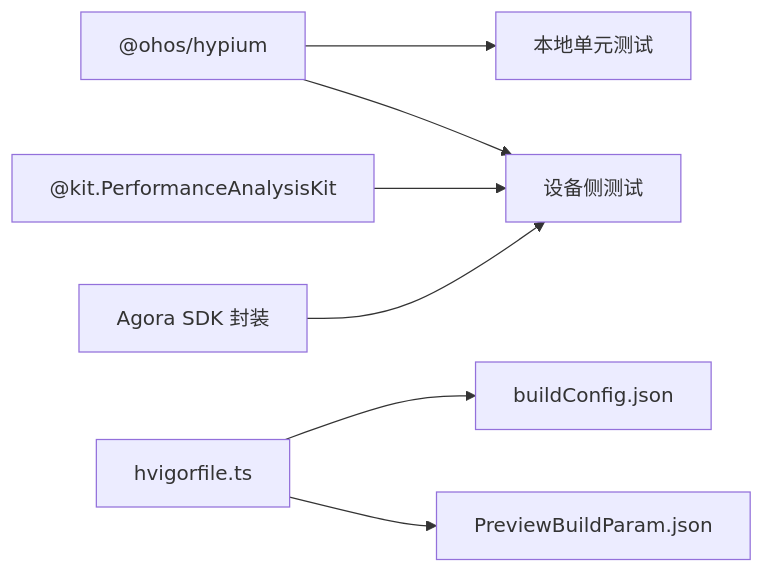
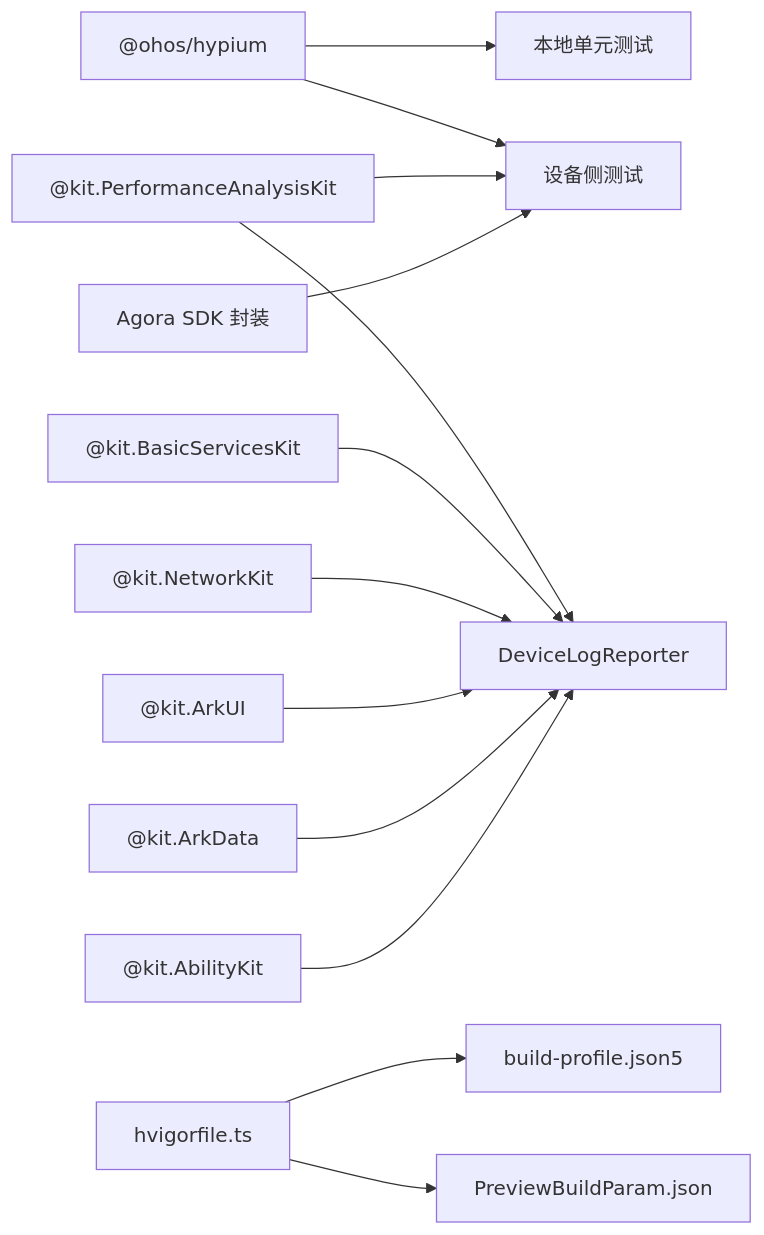
Before and after one commit to huz1xuan/harmony_XDY: the seventh of 7 diagrams in .qoder/repowiki/zh/content/测试与调试.md, drawn with Mermaid. The commit also changed other lines of this file and 15 other files, not shown here.

````diff
--- a/.qoder/repowiki/zh/content/测试与调试.md
+++ b/.qoder/repowiki/zh/content/测试与调试.md
@@ -218,9 +279,15 @@
 ```mermaid
 graph LR
 Hypium["@ohos/hypium"] --> UT["本地单元测试"]
 Hypium --> DT["设备侧测试"]
 PAK["@kit.PerformanceAnalysisKit"] --> DT
+PAK --> DLR["DeviceLogReporter"]
+Basic["@kit.BasicServicesKit"] --> DLR
+Network["@kit.NetworkKit"] --> DLR
+ArkUI["@kit.ArkUI"] --> DLR
+ArkData["@kit.ArkData"] --> DLR
+Ability["@kit.AbilityKit"] --> DLR
 SDK["Agora SDK 封装"] --> DT
-HV["hvigorfile.ts"] --> BC["buildConfig.json"]
+HV["hvigorfile.ts"] --> BC["build-profile.json5"]
 HV --> PP["PreviewBuildParam.json"]
 ```
````
